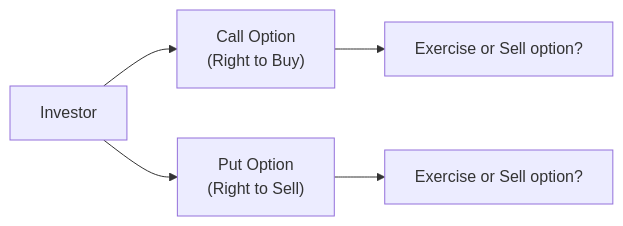
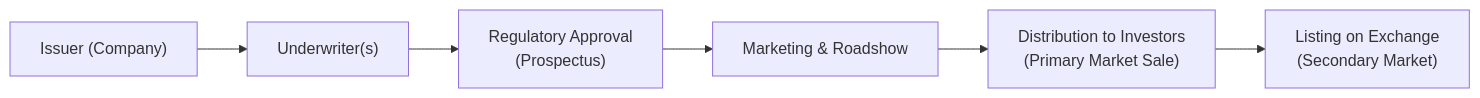
Before and after one commit to MasteryEducation/SecuritiesExamsMastery.ca: the diagram in content/ifc/7/5/index.md, drawn with Mermaid. The commit also changed other lines of this file and 130 other files, not shown here.

````diff
--- a/content/ifc/7/5/index.md
+++ b/content/ifc/7/5/index.md
@@ -58,7 +47,8 @@
 ```mermaid
-graph LR
-A["Investor"] --> B["Call Option <br/> (Right to Buy)"]
-A --> C["Put Option <br/> (Right to Sell)"]
-B --> D["Exercise or Sell option?"]
-C --> E["Exercise or Sell option?"]
+flowchart LR
+    A["Issuer (Company)"] --> B["Underwriter(s)"]
+    B --> C["Regulatory Approval<br/>(Prospectus)"]
+    C --> D["Marketing & Roadshow"]
+    D --> E["Distribution to Investors<br/>(Primary Market Sale)"]
+    E --> F["Listing on Exchange<br/>(Secondary Market)"]
 ```
````
